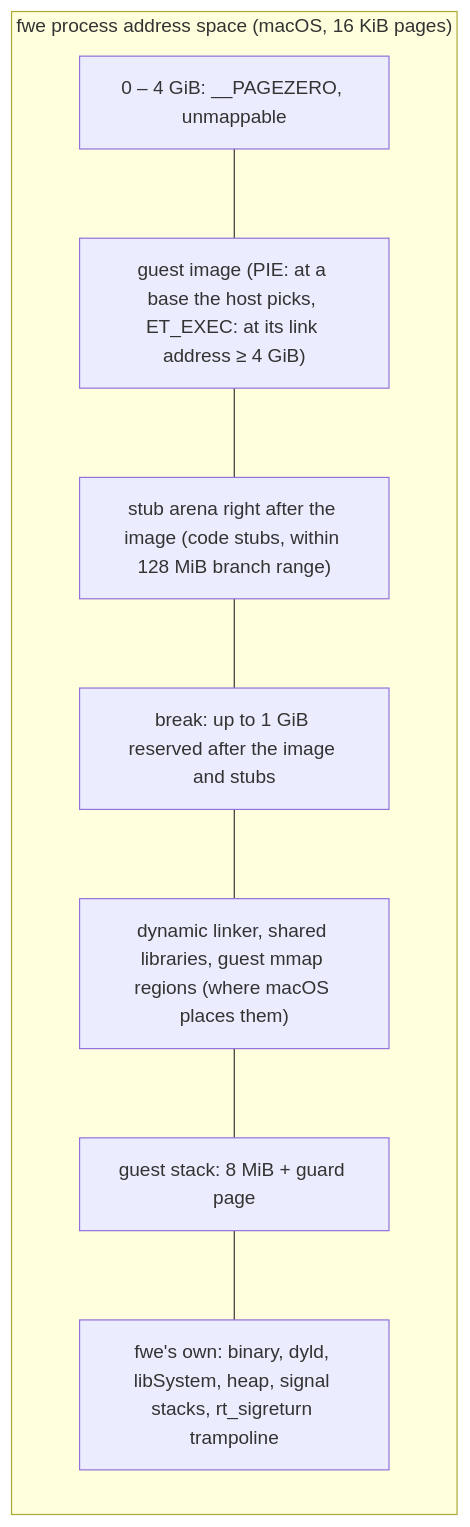
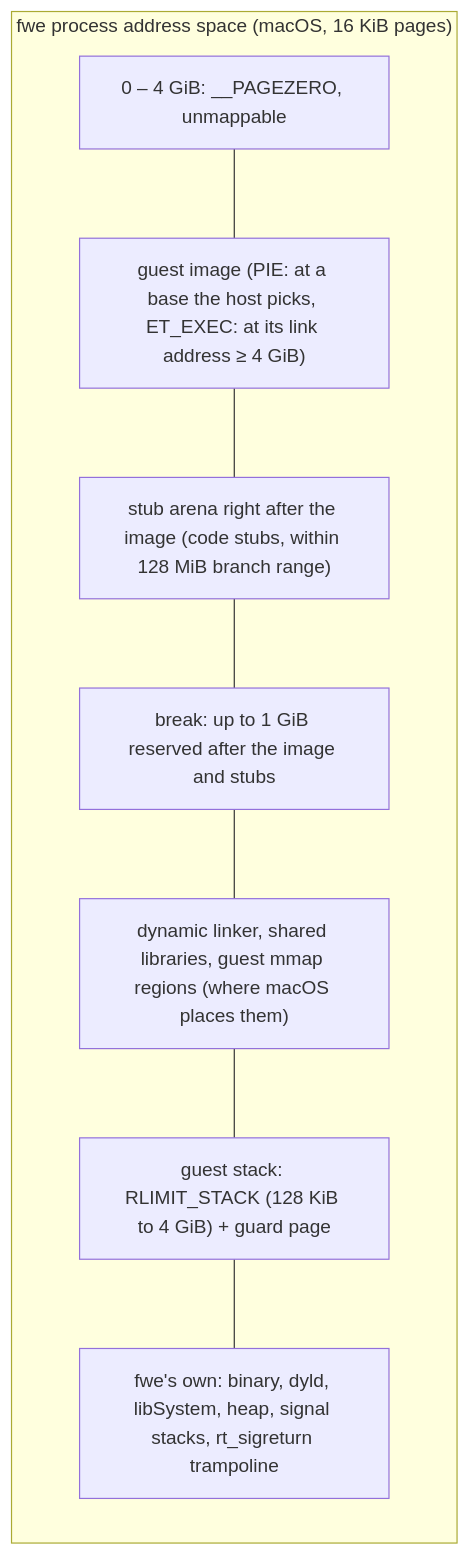
One commit to e6qu/fun-with-emulators changed the fourth of 11 diagrams in docs/linux-on-macos.md. Above: the diagram before and after it, drawn with Mermaid. The commit also changed other lines of this file and 173 other files, not shown here.

````diff
--- a/docs/linux-on-macos.md
+++ b/docs/linux-on-macos.md
@@ -1683,14 +1548,14 @@
 ```mermaid
 flowchart TB
     subgraph host["fwe process address space (macOS, 16 KiB pages)"]
         direction TB
         pz["0 – 4 GiB: __PAGEZERO, unmappable"]
         img["guest image (PIE: at a base the host picks, ET_EXEC: at its link address ≥ 4 GiB)"]
         stubs["stub arena right after the image (code stubs, within 128 MiB branch range)"]
         brk["break: up to 1 GiB reserved after the image and stubs"]
         ld["dynamic linker, shared libraries, guest mmap regions (where macOS places them)"]
-        stack["guest stack: 8 MiB + guard page"]
+        stack["guest stack: RLIMIT_STACK (128 KiB to 4 GiB) + guard page"]
         fwe["fwe's own: binary, dyld, libSystem, heap, signal stacks, rt_sigreturn trampoline"]
     end
     pz --- img --- stubs --- brk --- ld --- stack --- fwe
 ```
````
